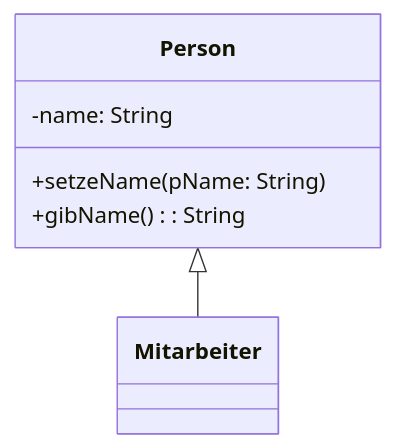
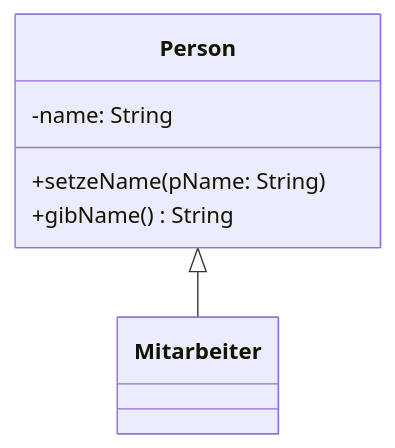
One commit to openpatch/hyperbook-informatik changed the diagram in glossary/vererbung-java.md. Above: the diagram before and after it, drawn with Mermaid. The commit also changed 19 other files, not shown here.

Commit message:
richtige implementationsdiagramme

````diff
--- a/glossary/vererbung-java.md
+++ b/glossary/vererbung-java.md
@@ -7,12 +7,12 @@
 ```mermaid
 classDiagram
     Person <|-- Mitarbeiter
     class Person {
         -name: String
         +setzeName(pName: String)
-        +gibName(): String
+        +gibName() String
     }
     class Mitarbeiter {
 
     }
 ```
````
